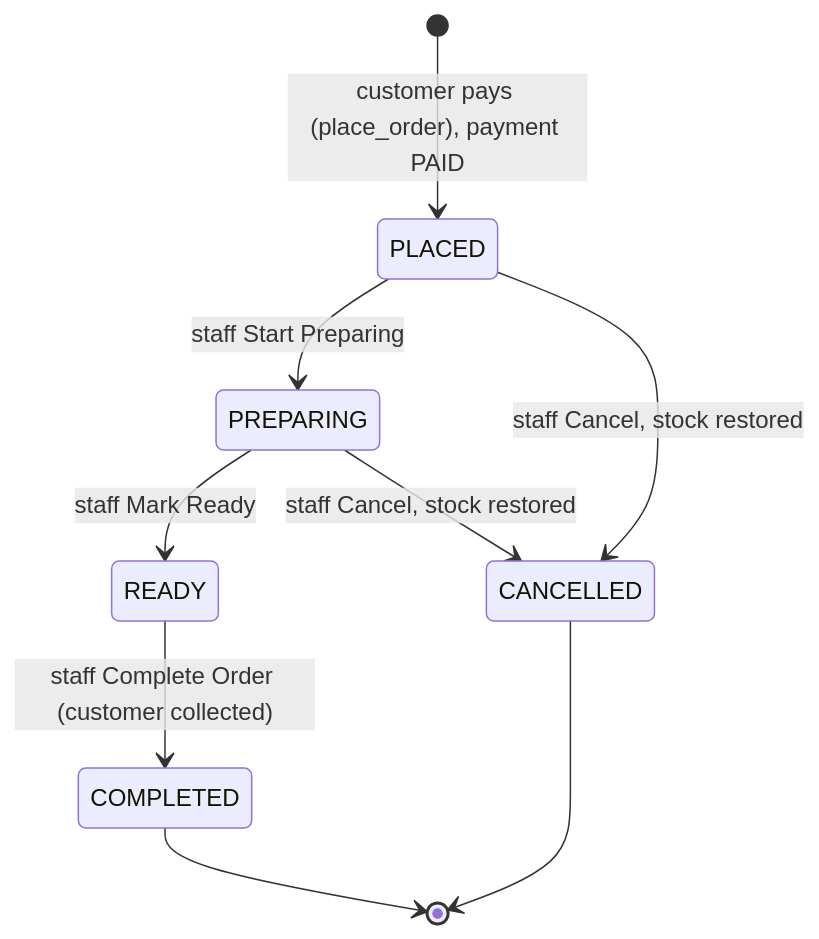
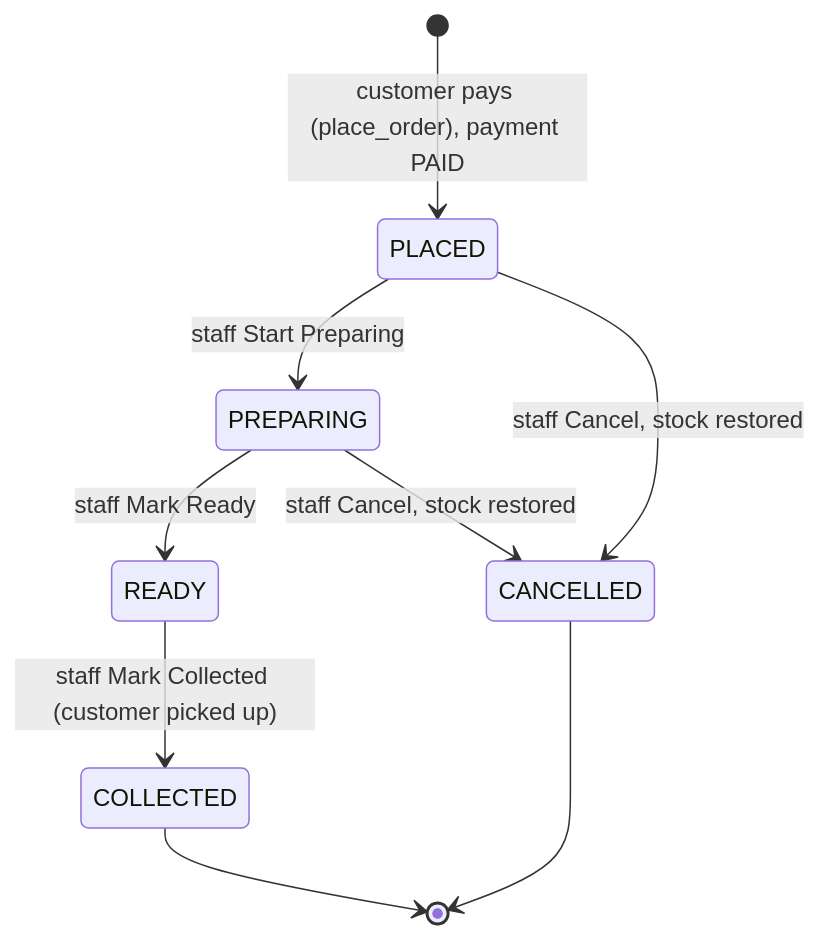
Diagram 23 of 27 in docs/ARCHITECTURE.md (The-KhaNha/KhaNha), drawn with Mermaid before and after one commit. The commit also changed other lines of this file and 69 other files, not shown here.

````diff
--- a/docs/ARCHITECTURE.md
+++ b/docs/ARCHITECTURE.md
@@ -791,11 +808,11 @@
 ```mermaid
 stateDiagram-v2
   [*] --> PLACED: customer pays (place_order), payment PAID
   PLACED --> PREPARING: staff Start Preparing
   PREPARING --> READY: staff Mark Ready
-  READY --> COMPLETED: staff Complete Order (customer collected)
+  READY --> COLLECTED: staff Mark Collected (customer picked up)
   PLACED --> CANCELLED: staff Cancel, stock restored
   PREPARING --> CANCELLED: staff Cancel, stock restored
-  COMPLETED --> [*]
+  COLLECTED --> [*]
   CANCELLED --> [*]
 ```
````
